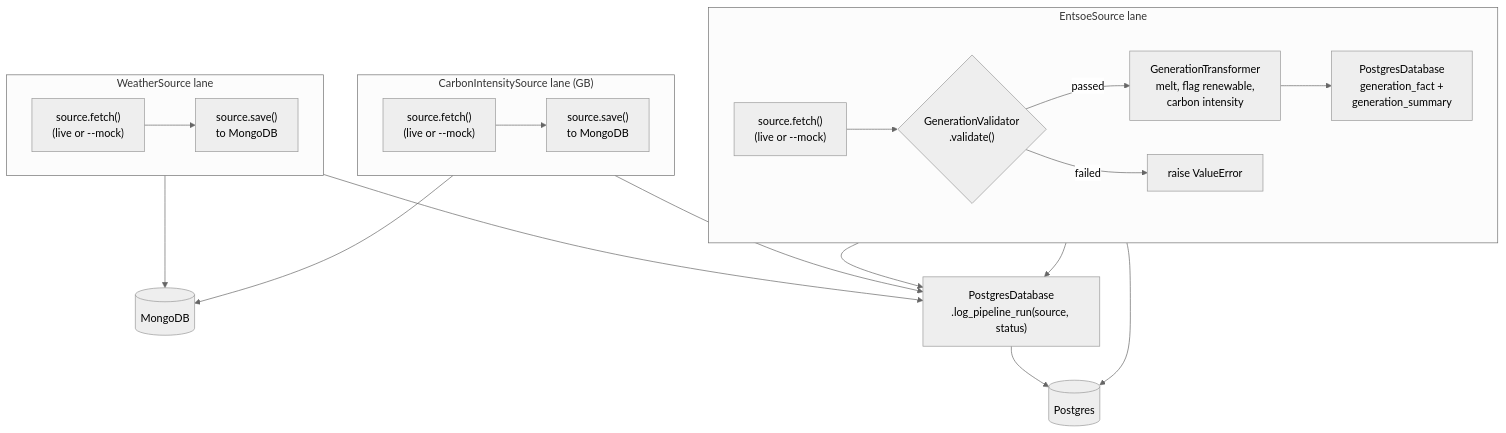
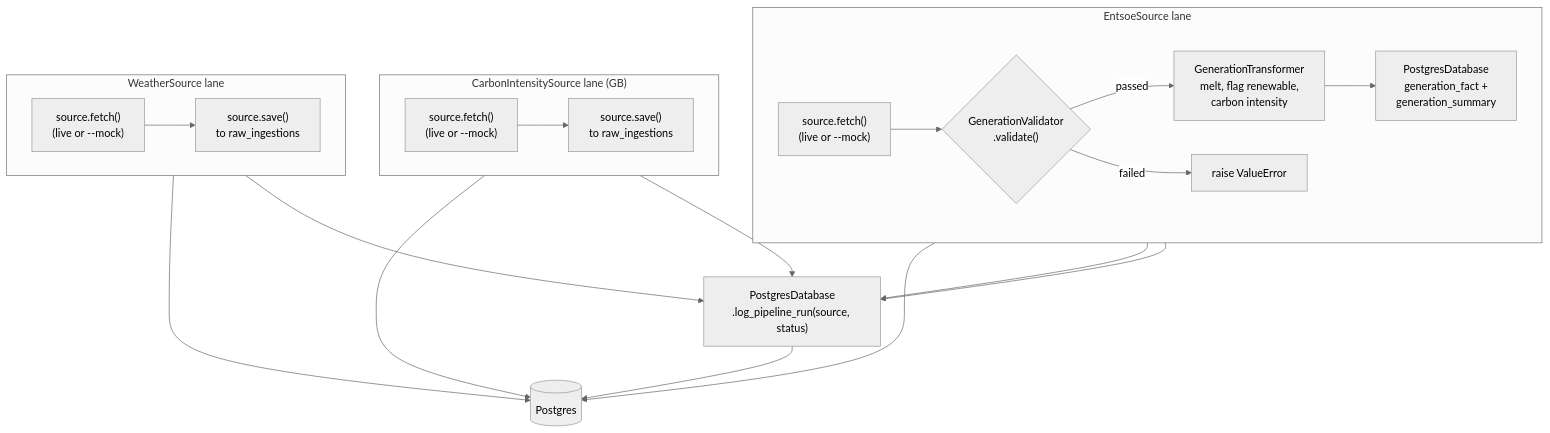
Before and after one commit to squirke1/energy-data-pipeline: the fourth of 8 diagrams in docs/DIAGRAMS.md, drawn with Mermaid (neutral theme). The commit also changed other lines of this file and 16 other files, not shown here.

````diff
--- a/docs/DIAGRAMS.md
+++ b/docs/DIAGRAMS.md
@@ -122,30 +120,30 @@
 ```mermaid
 flowchart TB
     subgraph L1["EntsoeSource lane"]
         direction LR
         A1["source.fetch()<br/>(live or --mock)"] --> A2{"GenerationValidator<br/>.validate()"}
         A2 -- passed --> A3["GenerationTransformer<br/>melt, flag renewable,<br/>carbon intensity"]
         A3 --> A4["PostgresDatabase<br/>generation_fact +<br/>generation_summary"]
         A2 -- failed --> A5["raise ValueError"]
     end
 
     subgraph L2["CarbonIntensitySource lane (GB)"]
         direction LR
-        B1["source.fetch()<br/>(live or --mock)"] --> B2["source.save()<br/>to MongoDB"]
+        B1["source.fetch()<br/>(live or --mock)"] --> B2["source.save()<br/>to raw_ingestions"]
     end
 
     subgraph L3["WeatherSource lane"]
         direction LR
-        C1["source.fetch()<br/>(live or --mock)"] --> C2["source.save()<br/>to MongoDB"]
+        C1["source.fetch()<br/>(live or --mock)"] --> C2["source.save()<br/>to raw_ingestions"]
     end
 
     A4 --> PG[("Postgres")]
-    B2 --> MONGO[("MongoDB")]
-    C2 --> MONGO
+    B2 --> PG
+    C2 --> PG
 
     A4 --> LOG["PostgresDatabase<br/>.log_pipeline_run(source, status)"]
     A5 --> LOG
     B2 --> LOG
     C2 --> LOG
     LOG --> PG
 ```
````
